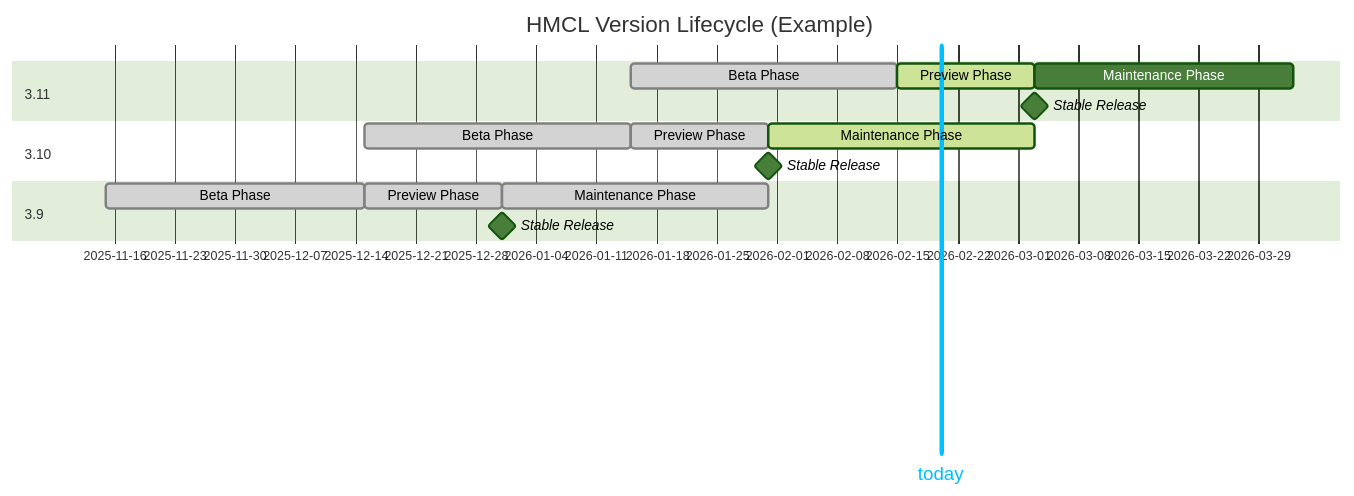
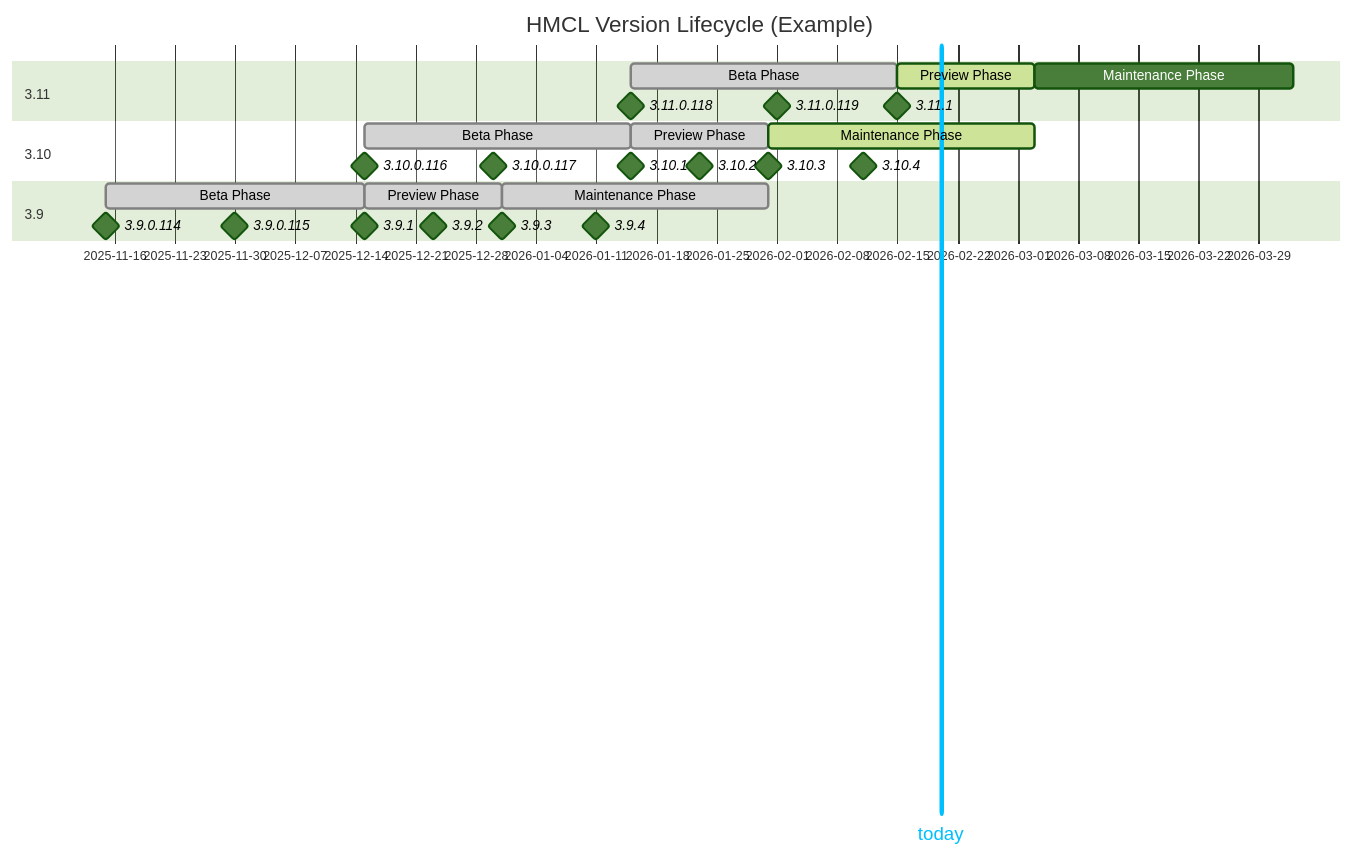
The diagram in docs/ReleaseSchedule.md (HMCL-dev/HMCL), drawn with Mermaid (forest theme) before and after one commit.

````diff
--- a/docs/ReleaseSchedule.md
+++ b/docs/ReleaseSchedule.md
@@ -49,23 +49,35 @@
 ```mermaid
 ---
 displayMode: compact
 ---
 gantt
     title HMCL Version Lifecycle (Example)
     section 3.11
         today: vert, 2026-02-20, 0d
         Beta Phase: done, c1, after b1, 31d
         Preview Phase: active, c2, after c1, 16d
         Maintenance Phase: c3, after c2, 30d
-        Stable Release: milestone, after c2, 0d
+        3.11.0.118: milestone, after b1, 0d
+        3.11.0.119: milestone, 2026-02-01, 0d
+        3.11.1: milestone, after c1, 0d
     section 3.10
         Beta Phase: done, b1, after a1, 31d
         Preview Phase: done, b2, after b1, 16d
         Maintenance Phase: active, b3, after b2, 31d
-        Stable Release: milestone, after b2, 0d
+        3.10.0.116: milestone, after a1, 0d
+        3.10.0.117: milestone, 2025-12-30, 0d
+        3.10.1: milestone, after b1, 0d
+        3.10.2: milestone, 2026-01-23, 0d
+        3.10.3: milestone, after b2, 0d
+        3.10.4: milestone, 2026-02-11, 0d
     section 3.9
         Beta Phase: done, a1, 2025-11-15, 30d
         Preview Phase: done, a2, after a1, 16d
         Maintenance Phase: done, a3, after a2, 31d
-        Stable Release: milestone, after a2, 0d
+        3.9.0.114: milestone, 2025-11-15, 0d
+        3.9.0.115: milestone, 2025-11-30, 0d
+        3.9.1: milestone, after a1, 0d
+        3.9.2: milestone, 2025-12-23, 0d
+        3.9.3: milestone, after a2, 0d
+        3.9.4: milestone, 2026-01-11, 0d
 ```
````
